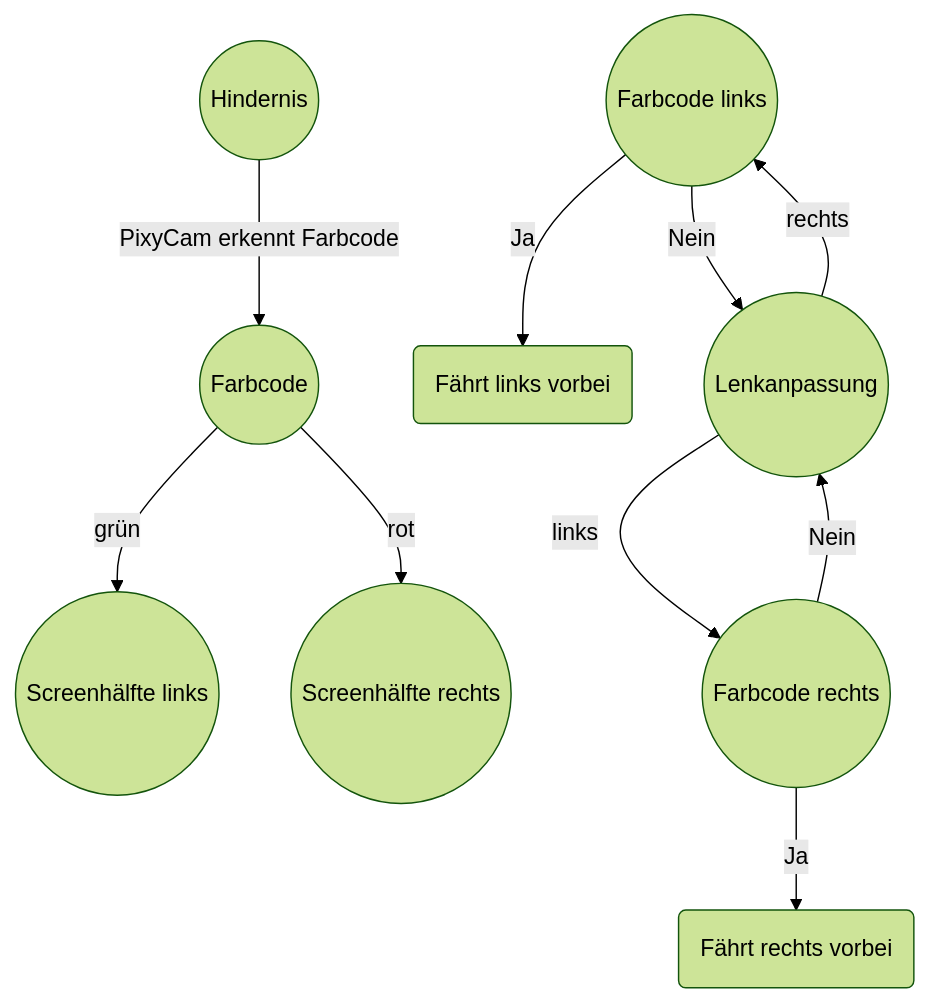
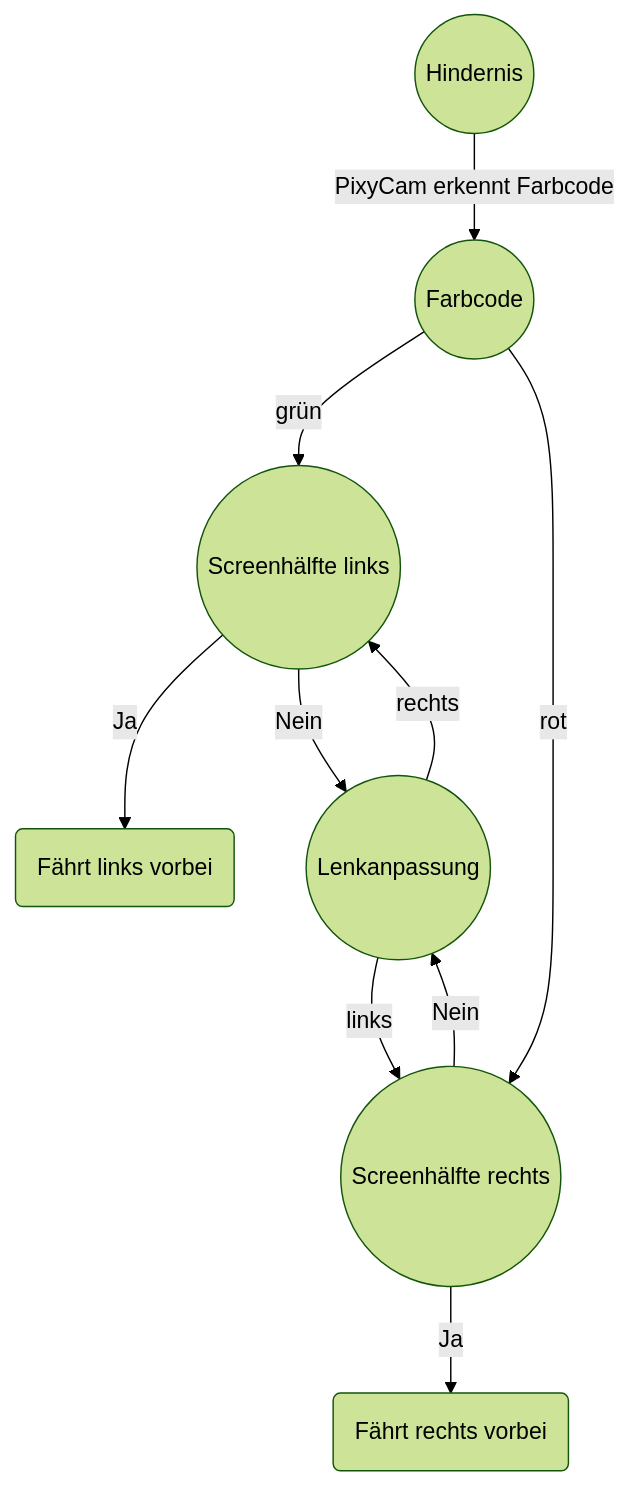
One commit to SchroedingersBit/PfortGTPanama changed the second of 2 diagrams in Programme/Hindernisrennen/README.md. Above: the diagram before and after it, drawn with Mermaid (forest theme).

````diff
--- a/Programme/Hindernisrennen/README.md
+++ b/Programme/Hindernisrennen/README.md
@@ -19,12 +19,12 @@
 ```mermaid
 graph TB;
 A((Hindernis)) -->|PixyCam erkennt Farbcode|B((Farbcode));
-B-->|grün|E((Screenhälfte links));
-B-->|rot|C((Screenhälfte rechts));
-C1((Farbcode links))-->|Ja|J1(Fährt links vorbei);
-C2((Farbcode rechts))-->|Ja|J2(Fährt rechts vorbei);
-C1-->|Nein|Lenkanpassung((Lenkanpassung));
-C2-->|Nein|Lenkanpassung;
-Lenkanpassung-->|rechts|C1;
-Lenkanpassung -->|links|C2;
+B-->|grün|C1((Screenhälfte links));
+B-->|rot|C2((Screenhälfte rechts));
+C1-->|Ja|J1(Fährt links vorbei);
+C1-->|Nein|L((Lenkanpassung));
+C2-->|Ja|J2(Fährt rechts vorbei);
+C2-->|Nein|L;
+L-->|rechts|C1;
+L-->|links|C2;
 ```
````
